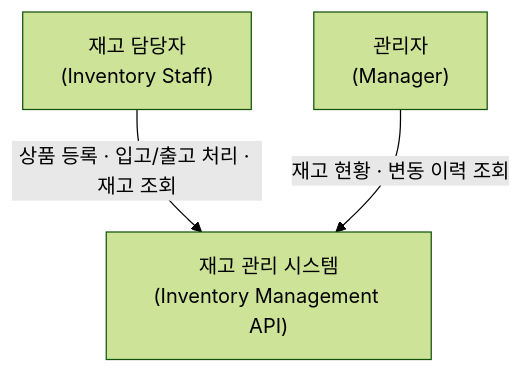
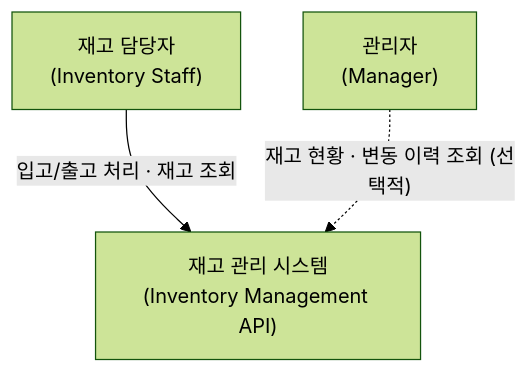
One commit to JuJin1324/assignment-inventory-management changed the diagram in docs/modeling/stakeholders.md. Above: the diagram before and after it, drawn with Mermaid (forest theme). The commit also changed other lines of this file and 3 other files, not shown here.

````diff
--- a/docs/modeling/stakeholders.md
+++ b/docs/modeling/stakeholders.md
@@ -5,9 +5,9 @@
 ```mermaid
 graph TB
     Operator["재고 담당자<br/>(Inventory Staff)"]
     Manager["관리자<br/>(Manager)"]
     System["재고 관리 시스템<br/>(Inventory Management API)"]
 
-    Operator -->|"상품 등록 · 입고/출고 처리 · 재고 조회"| System
-    Manager -->|"재고 현황 · 변동 이력 조회"| System
+    Operator -->|"입고/출고 처리 · 재고 조회"| System
+    Manager -.->|"재고 현황 · 변동 이력 조회 (선택적)"| System
 ```
````
